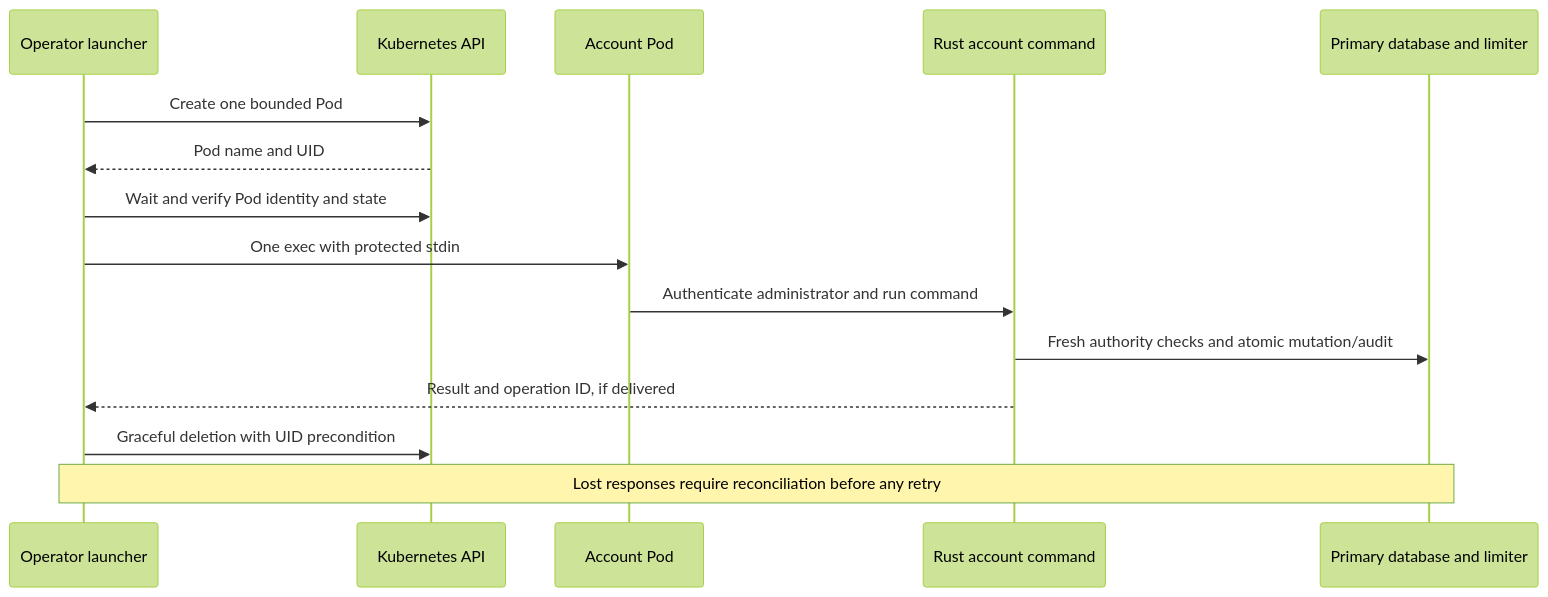
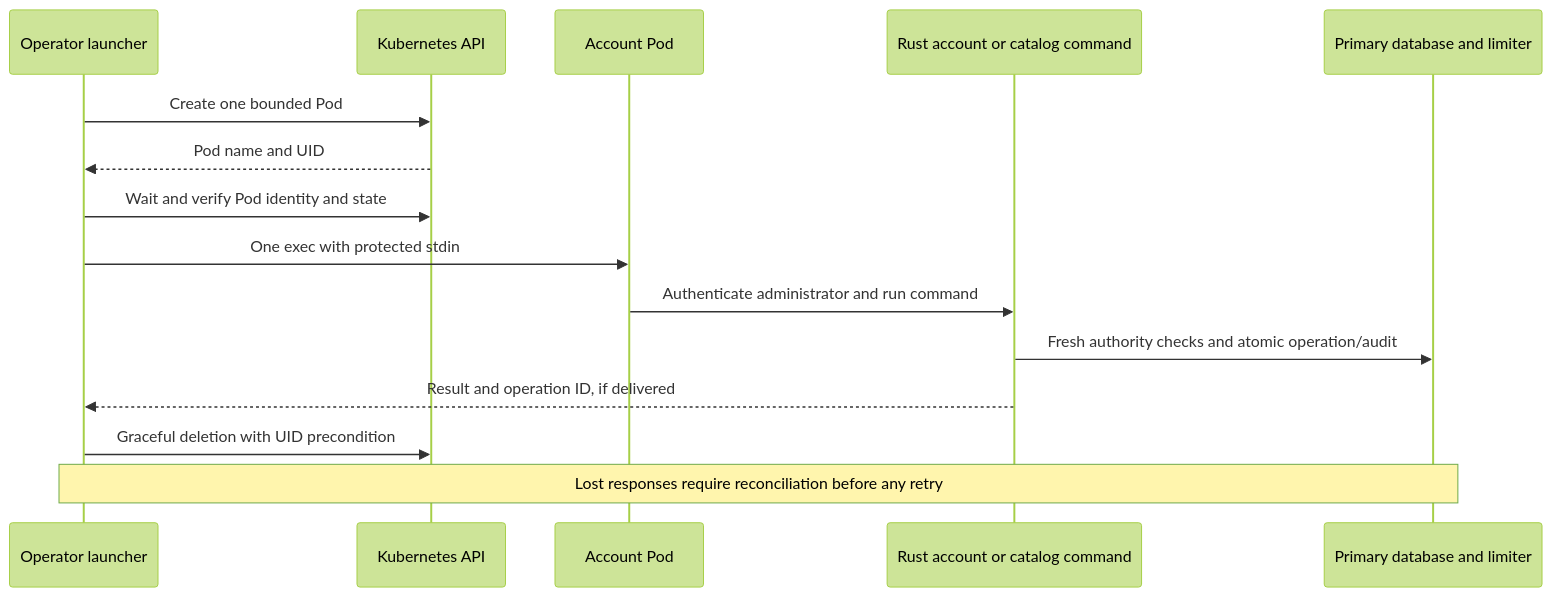
One commit to OneTesseractInMultiverse/darkhorse-identity changed the diagram in docs/container-accounts.md. Above: the diagram before and after it, drawn with Mermaid (forest theme). The commit also changed other lines of this file and 21 other files, not shown here.

````diff
--- a/docs/container-accounts.md
+++ b/docs/container-accounts.md
@@ -155,17 +160,17 @@
 ```mermaid
 sequenceDiagram
     participant Host as Operator launcher
     participant API as Kubernetes API
     participant Pod as Account Pod
-    participant Rust as Rust account command
+    participant Rust as Rust account or catalog command
     participant State as Primary database and limiter
     Host->>API: Create one bounded Pod
     API-->>Host: Pod name and UID
     Host->>API: Wait and verify Pod identity and state
     Host->>Pod: One exec with protected stdin
     Pod->>Rust: Authenticate administrator and run command
-    Rust->>State: Fresh authority checks and atomic mutation/audit
+    Rust->>State: Fresh authority checks and atomic operation/audit
     Rust-->>Host: Result and operation ID, if delivered
     Host->>API: Graceful deletion with UID precondition
     Note over Host,State: Lost responses require reconciliation before any retry
 ```
````
